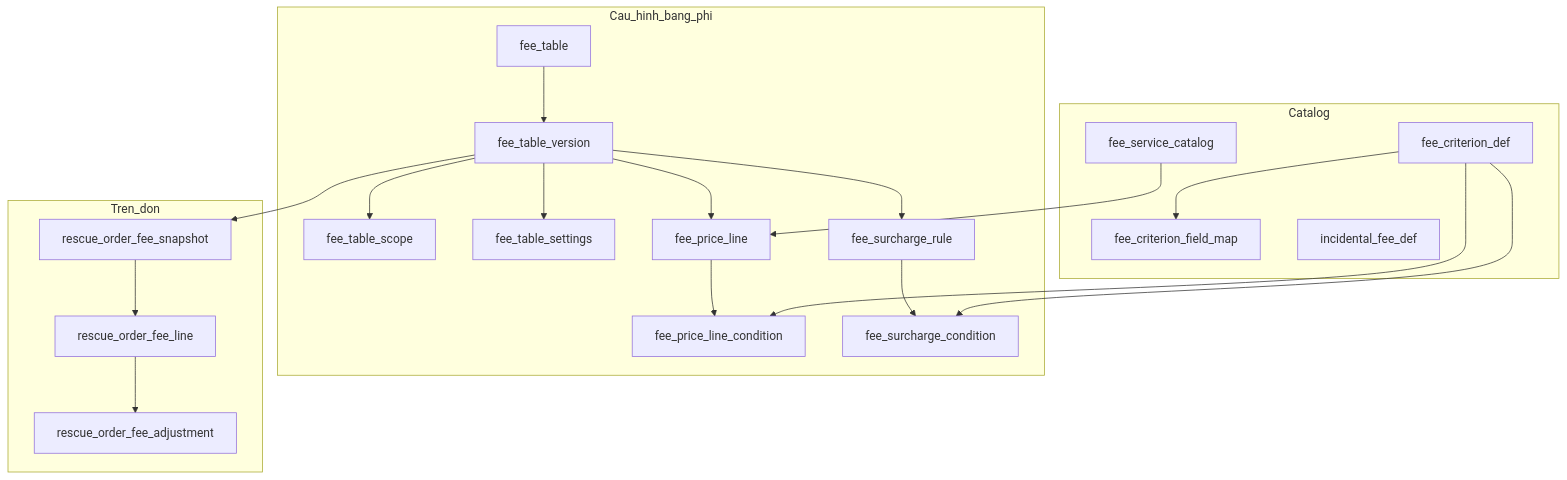
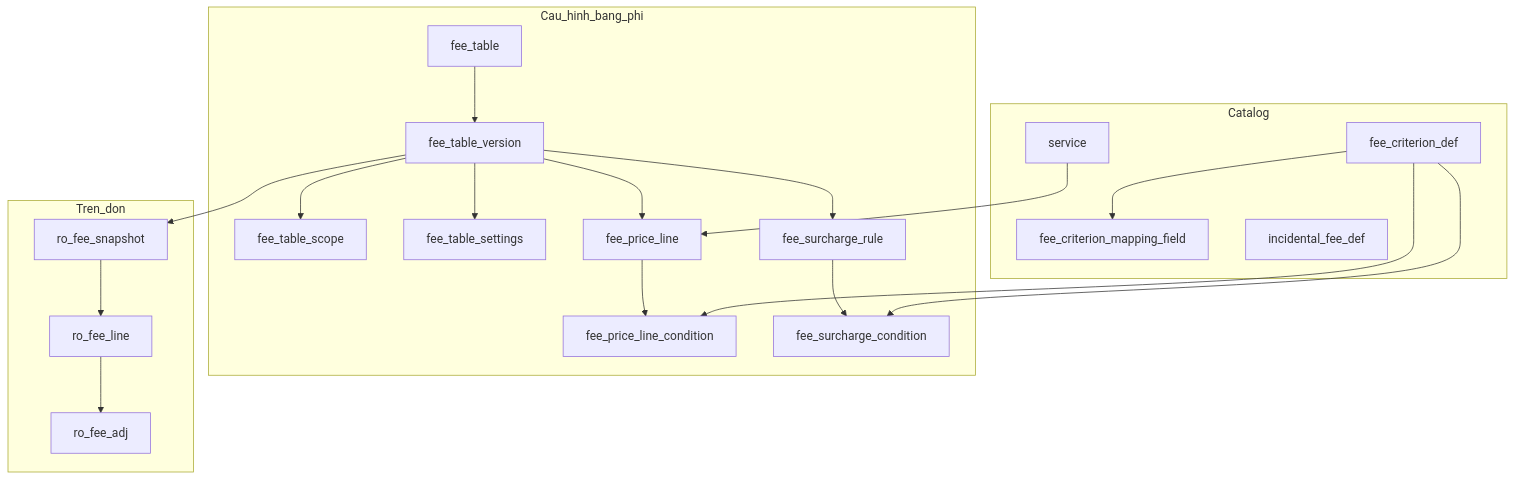
One commit to ducld-vetc/rsa-design changed the third of 4 diagrams in docs/fee-schema-redesign.md. Above: the diagram before and after it, drawn with Mermaid. The commit also changed other lines of this file and 22 other files, not shown here.

Commit message:
refactor: update fee table schema to support partner management, replace supplier references with partner terminology, and enhance validation logic for fee table imports and price tables

````diff
--- a/docs/fee-schema-redesign.md
+++ b/docs/fee-schema-redesign.md
@@ -179,38 +193,38 @@
 ```mermaid
 flowchart TB
   subgraph catalog [Catalog]
     CritDef[fee_criterion_def]
-    CritMap[fee_criterion_field_map]
-    SvcCat[fee_service_catalog]
+    CritMap[fee_criterion_mapping_field]
+    Svc[service]
     Incidental[incidental_fee_def]
   end
   subgraph config [Cau_hinh_bang_phi]
     FT[fee_table]
     FTV[fee_table_version]
     Scope[fee_table_scope]
     Settings[fee_table_settings]
     PL[fee_price_line]
     PLC[fee_price_line_condition]
     SR[fee_surcharge_rule]
     SRC[fee_surcharge_condition]
   end
   subgraph runtime [Tren_don]
-    Snap[rescue_order_fee_snapshot]
-    Line[rescue_order_fee_line]
-    Adj[rescue_order_fee_adjustment]
+    Snap[ro_fee_snapshot]
+    Line[ro_fee_line]
+    Adj[ro_fee_adj]
   end
   CritDef --> CritMap
   CritDef --> PLC
   CritDef --> SRC
   FT --> FTV
   FTV --> Scope
   FTV --> Settings
   FTV --> PL
   FTV --> SR
   PL --> PLC
   SR --> SRC
   FTV --> Snap
   Snap --> Line
   Line --> Adj
-  SvcCat --> PL
+  Svc --> PL
 ```
````
